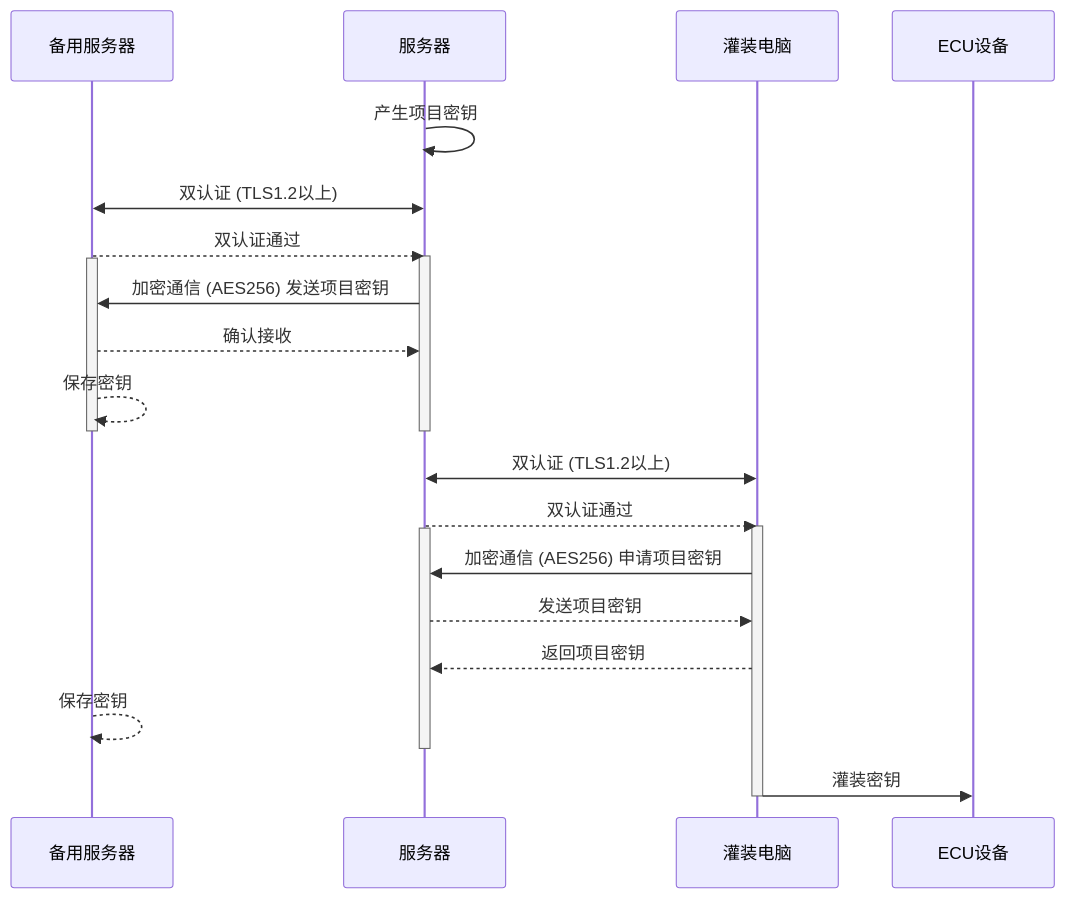
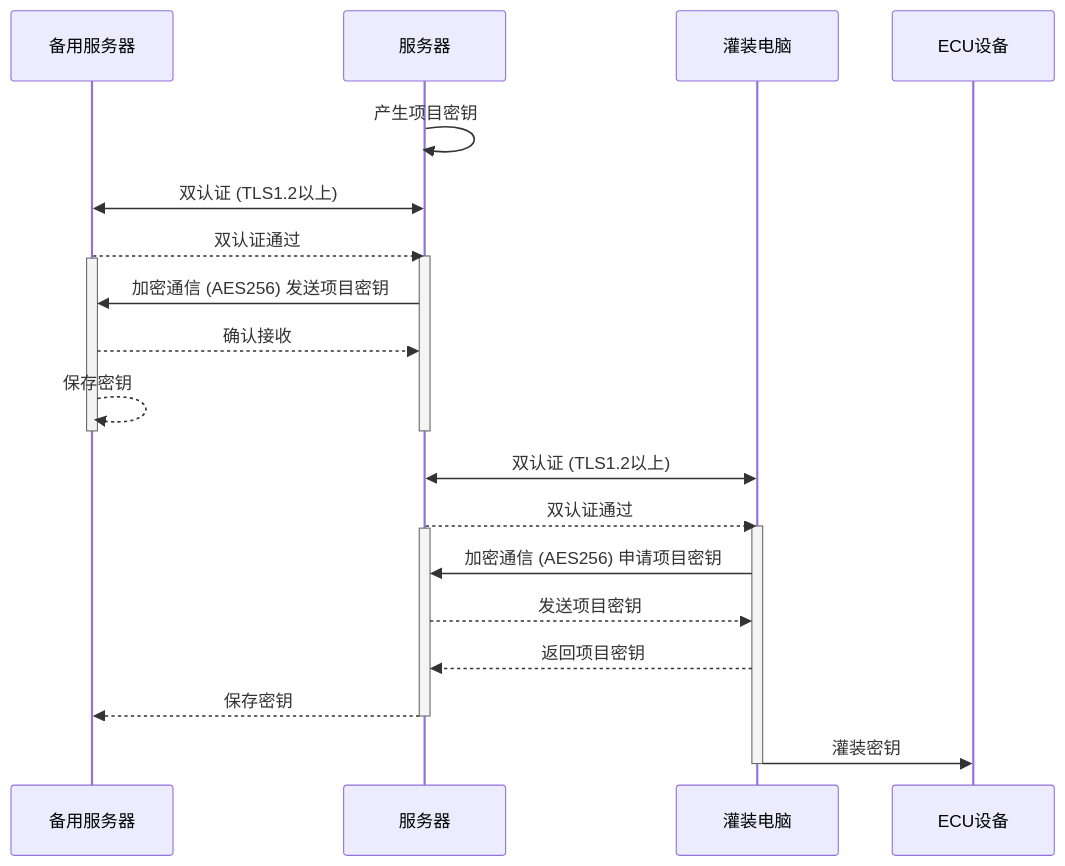
One commit to facebook-cloud/iodraw-files changed the diagram in all/未命名-10.md. Above: the diagram before and after it, drawn with Mermaid.

Commit message:
2026-01-15 11:00:24 update

````diff
--- a/all/未命名-10.md
+++ b/all/未命名-10.md
@@ -1,31 +1,31 @@
 ```mermaid
 sequenceDiagram
     participant B as 备用服务器
     participant A as 服务器
     participant C as 灌装电脑
     participant D as ECU设备
 
     A->>A: 产生项目密钥
     A<<->>B: 双认证 (TLS1.2以上)
     B-->>A: 双认证通过
     activate A
     activate B
     A->>B: 加密通信 (AES256) 发送项目密钥
     B-->>A: 确认接收
     B-->>B: 保存密钥
     deactivate B
     deactivate A
 
     C<<->>A: 双认证 (TLS1.2以上)
     A-->>C: 双认证通过
     activate C
     activate A
     C->>A: 加密通信 (AES256) 申请项目密钥
     A-->>C: 发送项目密钥
     C-->>A: 返回项目密钥
-    B-->>B: 保存密钥
+    A-->>B: 保存密钥
     deactivate A
     C->>D: 灌装密钥
     deactivate C
 
 ```
````
